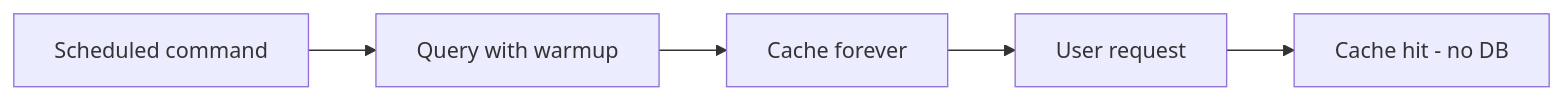
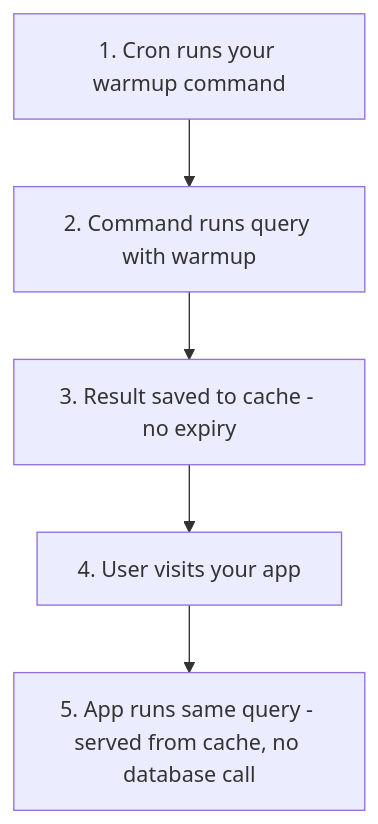
Before and after one commit to CodeWithDennis/laravel-model-cache: the first of 2 diagrams in README.md, drawn with Mermaid. The commit also changed other lines of this file, not shown here.

Commit message:
README: clearer Mermaid diagram labels, top-down layout

````diff
--- a/README.md
+++ b/README.md
@@ -40,7 +40,7 @@
 ```mermaid
-flowchart LR
-  A[Scheduled command] --> B[Query with warmup]
-  B --> C[Cache forever]
-  C --> D[User request]
-  D --> E[Cache hit - no DB]
+flowchart TD
+  A[1. Cron runs your warmup command] --> B[2. Command runs query with warmup]
+  B --> C[3. Result saved to cache - no expiry]
+  C --> D[4. User visits your app]
+  D --> E[5. App runs same query - served from cache, no database call]
 ```
````
